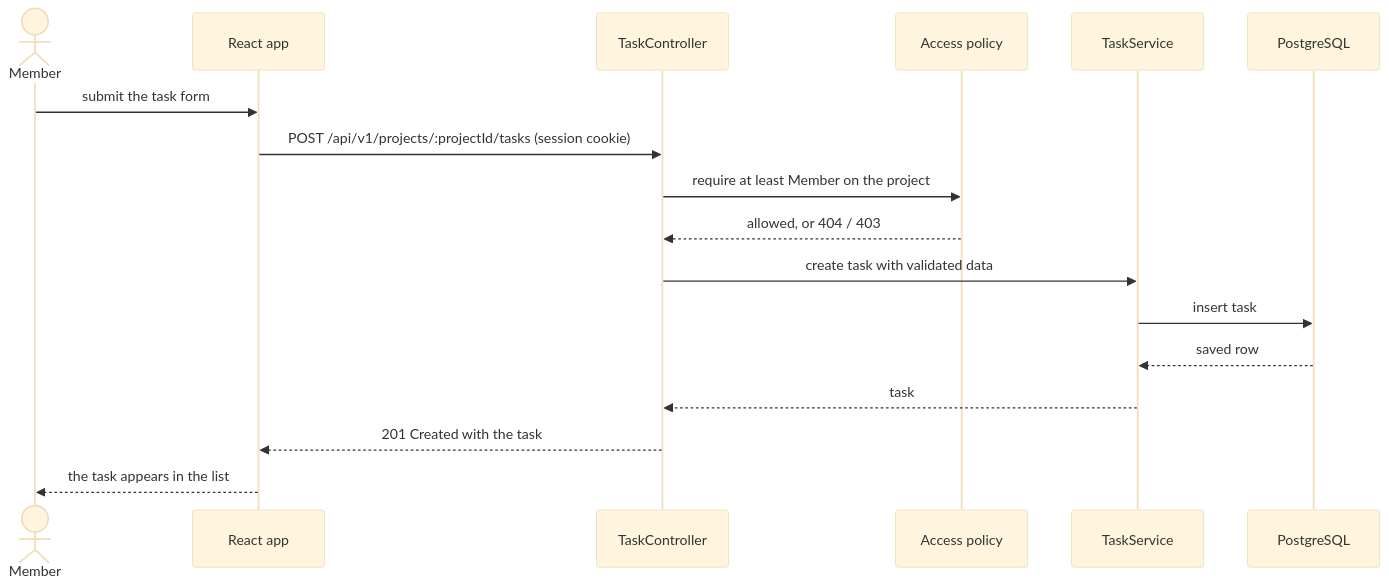
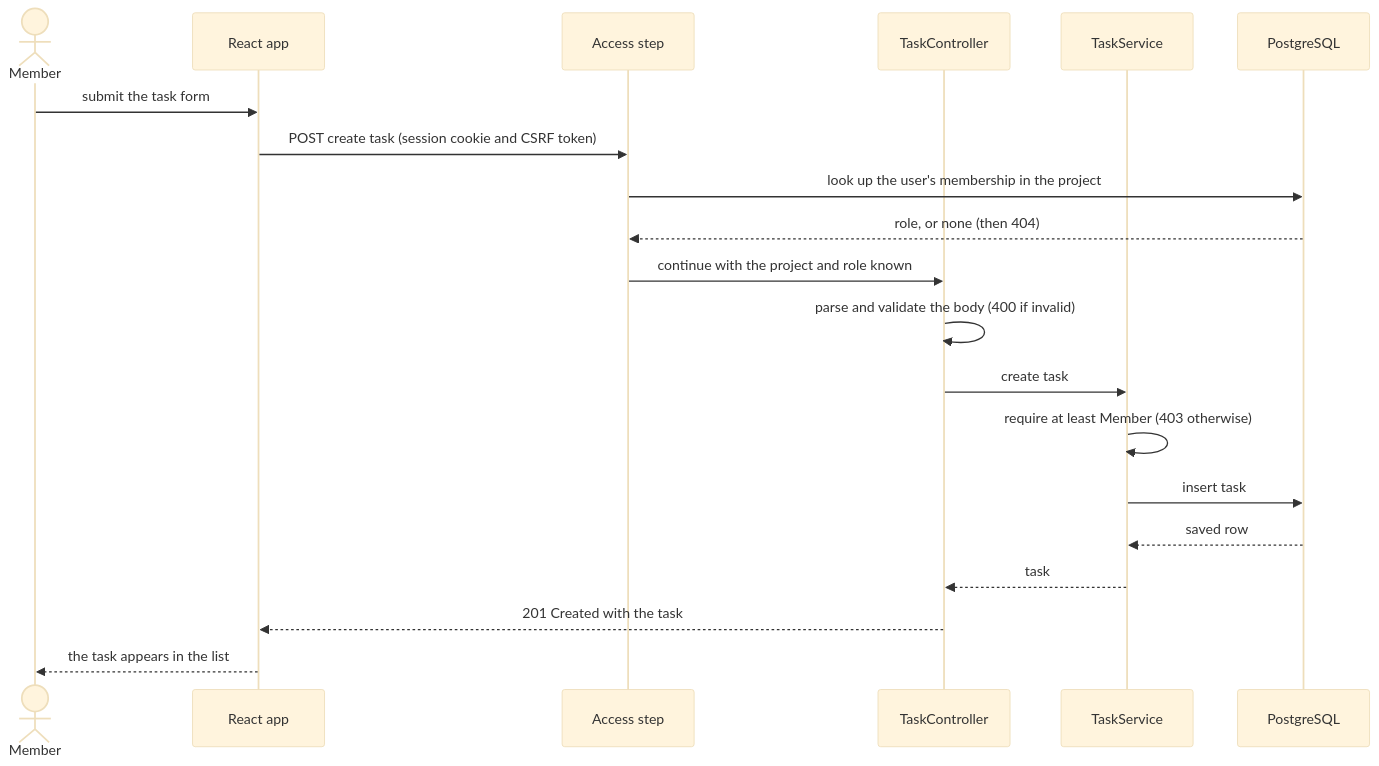
One commit to roSlate/matriz changed the second of 2 diagrams in docs/architecture.md. Above: the diagram before and after it, drawn with Mermaid (base theme). The commit also changed other lines of this file and 13 other files, not shown here.

````diff
--- a/docs/architecture.md
+++ b/docs/architecture.md
@@ -138,19 +149,22 @@
 ```mermaid
 sequenceDiagram
     actor U as Member
     participant S as React app
+    participant F as Access step
     participant C as TaskController
-    participant A as Access policy
     participant T as TaskService
     participant D as PostgreSQL
     U->>S: submit the task form
-    S->>C: POST /api/v1/projects/:projectId/tasks (session cookie)
-    C->>A: require at least Member on the project
-    A-->>C: allowed, or 404 / 403
-    C->>T: create task with validated data
+    S->>F: POST create task (session cookie and CSRF token)
+    F->>D: look up the user's membership in the project
+    D-->>F: role, or none (then 404)
+    F->>C: continue with the project and role known
+    C->>C: parse and validate the body (400 if invalid)
+    C->>T: create task
+    T->>T: require at least Member (403 otherwise)
     T->>D: insert task
     D-->>T: saved row
     T-->>C: task
     C-->>S: 201 Created with the task
     S-->>U: the task appears in the list
 ```
````
